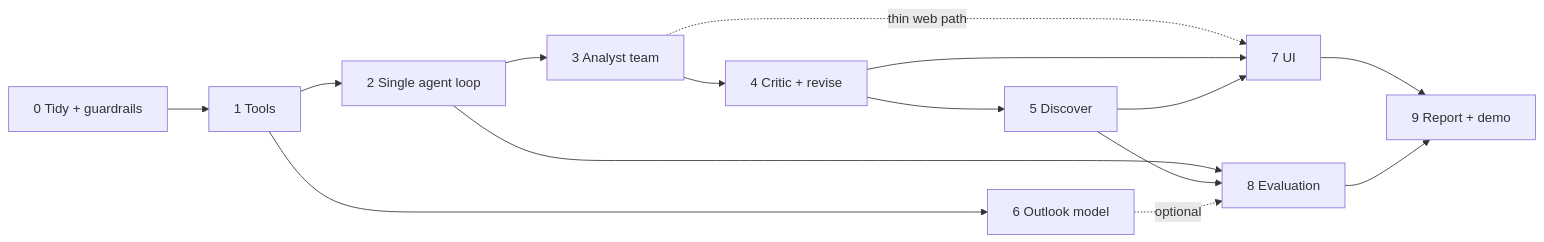
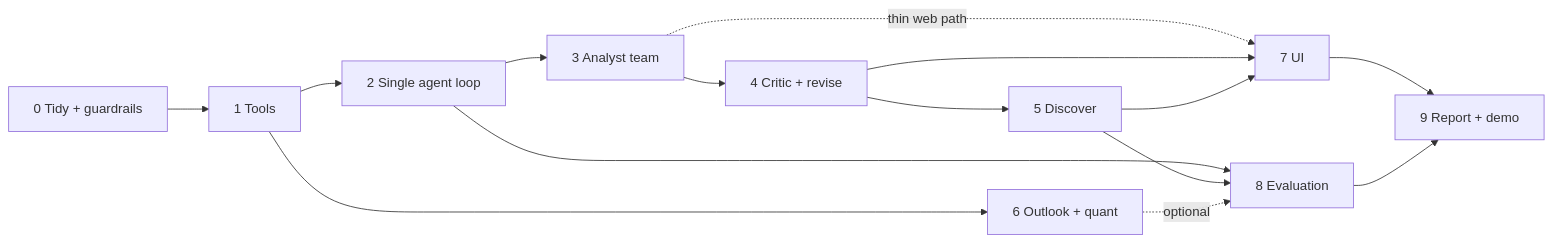
Before and after one commit to ivan00105/Agentic-System-for-Investment-Research: the second of 2 diagrams in PROJECT_GUIDE.md, drawn with Mermaid. The commit also changed other lines of this file and 1 other file, not shown here.

First line of the commit message:
docs(plan): Phase 6 outlook as tested forecasts plus quant analysis

````diff
--- a/PROJECT_GUIDE.md
+++ b/PROJECT_GUIDE.md
@@ -312,17 +312,17 @@
 ```mermaid
 flowchart LR
     P0[0 Tidy + guardrails] --> P1[1 Tools]
     P1 --> P2[2 Single agent loop]
     P2 --> P3[3 Analyst team]
     P3 --> P4[4 Critic + revise]
     P4 --> P5[5 Discover]
-    P1 --> P6[6 Outlook model]
+    P1 --> P6[6 Outlook + quant]
     P3 -. thin web path .-> P7[7 UI]
     P4 --> P7
     P5 --> P7
     P2 --> P8[8 Evaluation]
     P5 --> P8
     P6 -. optional .-> P8
     P7 --> P9[9 Report + demo]
     P8 --> P9
 ```
````
